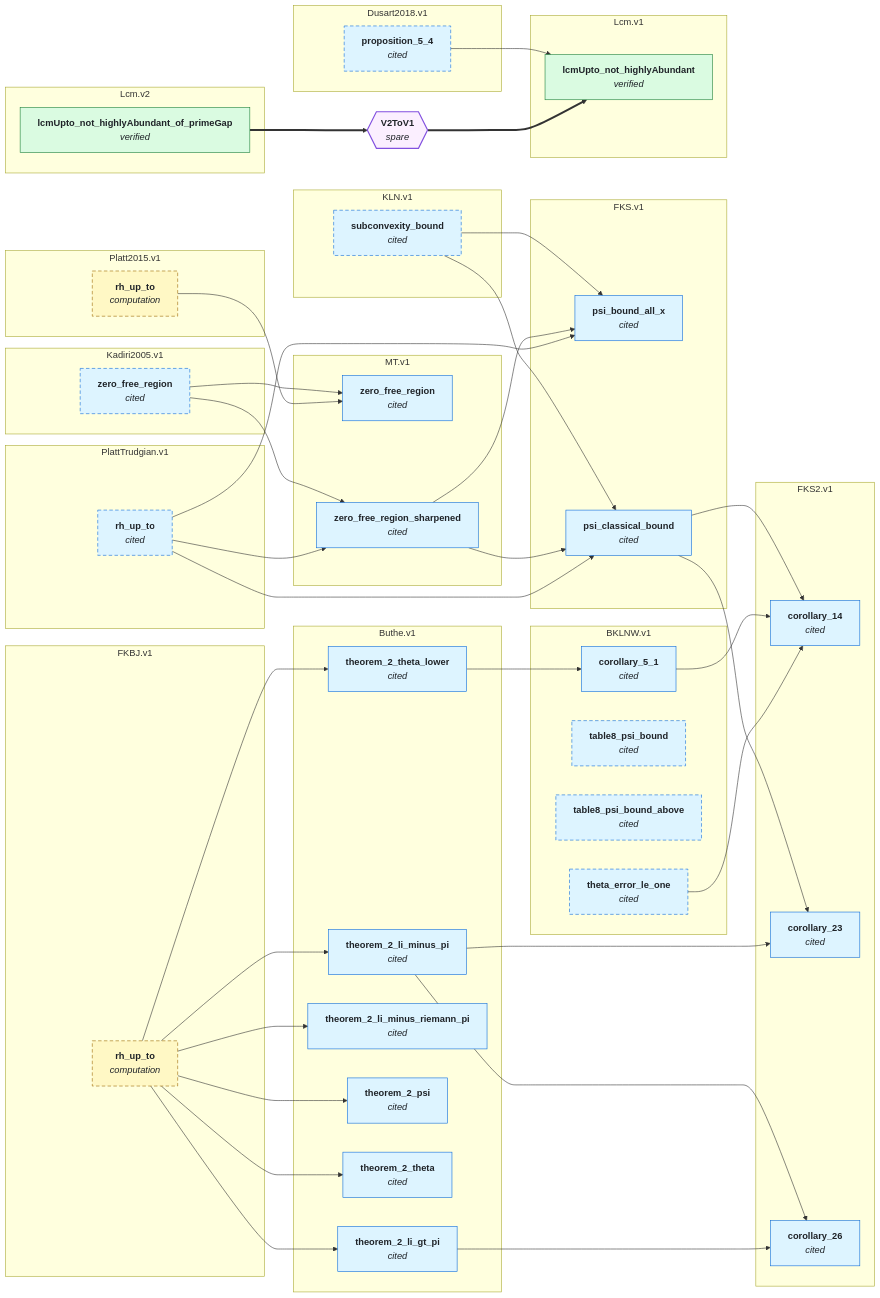
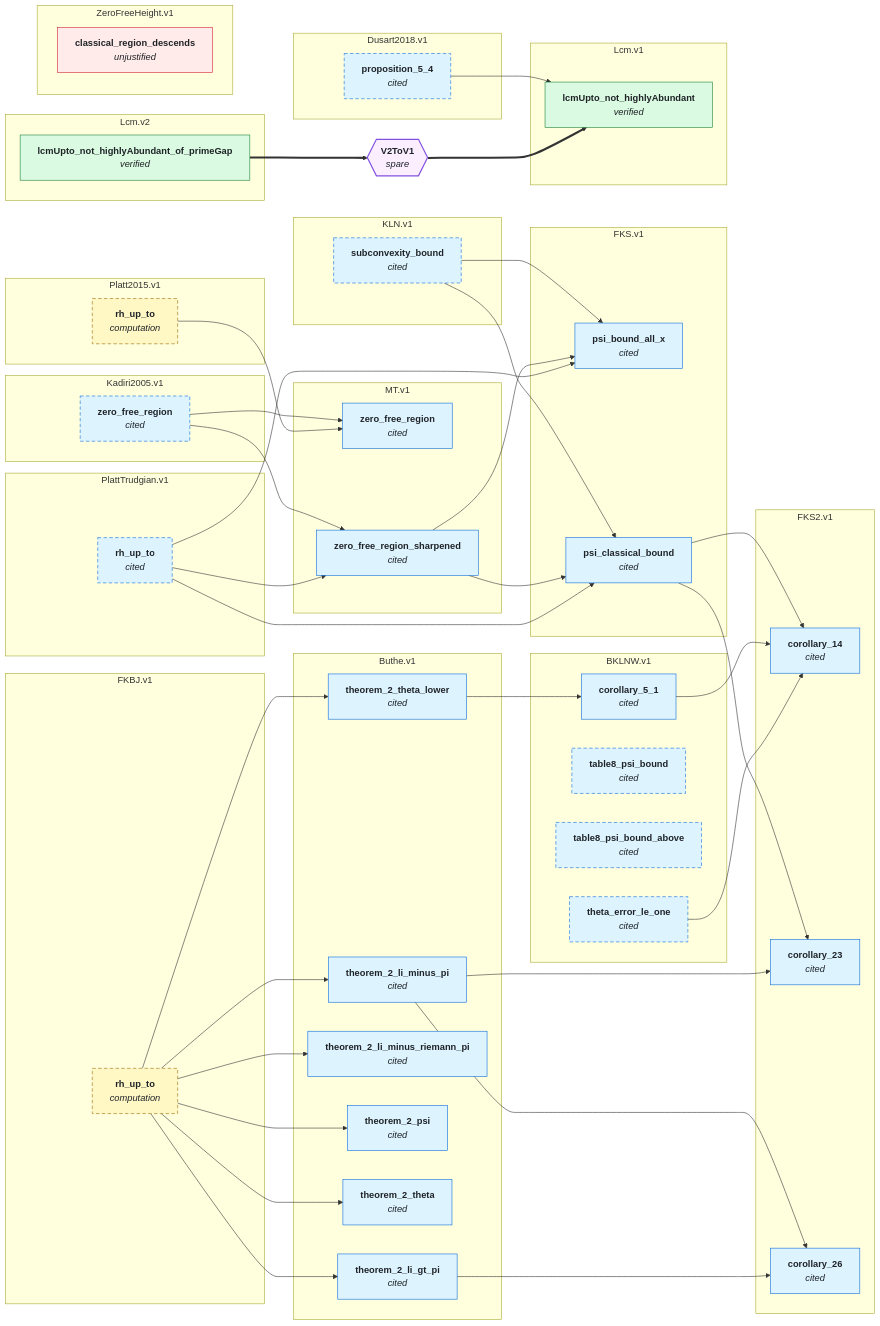
Before and after one commit to teorth/IEANTN: the second of 2 diagrams in GRAPH.md, drawn with Mermaid. The commit also changed other lines of this file and 13 other files, not shown here.

````diff
--- a/GRAPH.md
+++ b/GRAPH.md
@@ -157,6 +159,9 @@
   subgraph sgPlattTrudgian_v1["PlattTrudgian.v1"]
     PlattTrudgian_v1_rh_up_to["<b>rh_up_to</b><br/><i>cited</i>"]
   end
+  subgraph sgZeroFreeHeight_v1["ZeroFreeHeight.v1"]
+    ZeroFreeHeight_v1_classical_region_descends["<b>classical_region_descends</b><br/><i>unjustified</i>"]
+  end
   Buthe_v1_theorem_2_theta_lower --> BKLNW_v1_corollary_5_1
   FKBJ_v1_rh_up_to --> Buthe_v1_theorem_2_li_gt_pi
   FKBJ_v1_rh_up_to --> Buthe_v1_theorem_2_li_minus_pi
@@ -204,6 +209,7 @@
   class BRLcm_v1_lcmUpto_not_highlyAbundant__bridge_from_v2 bridge;
   class Lcm_v1_lcmUpto_not_highlyAbundant,Lcm_v2_lcmUpto_not_highlyAbundant_of_primeGap lean_comparator;
   class BKLNW_v1_corollary_5_1,BKLNW_v1_table8_psi_bound,BKLNW_v1_table8_psi_bound_above,BKLNW_v1_theta_error_le_one,Buthe_v1_theorem_2_li_gt_pi,Buthe_v1_theorem_2_li_minus_pi,Buthe_v1_theorem_2_li_minus_riemann_pi,Buthe_v1_theorem_2_psi,Buthe_v1_theorem_2_theta,Buthe_v1_theorem_2_theta_lower,Dusart2018_v1_proposition_5_4,FKS_v1_psi_bound_all_x,FKS_v1_psi_classical_bound,FKS2_v1_corollary_14,FKS2_v1_corollary_23,FKS2_v1_corollary_26,KLN_v1_subconvexity_bound,Kadiri2005_v1_zero_free_region,MT_v1_zero_free_region,MT_v1_zero_free_region_sharpened,PlattTrudgian_v1_rh_up_to literature;
+  class ZeroFreeHeight_v1_classical_region_descends none_yet;
   class FKBJ_v1_rh_up_to,Platt2015_v1_rh_up_to numerical;
   click BKLNW_v1_corollary_5_1 href "docs/nodes/BKLNW-v1.md#corollary_5_1" _blank
   click BKLNW_v1_table8_psi_bound href "docs/nodes/BKLNW-v1.md#table8_psi_bound" _blank
@@ -230,4 +236,5 @@
   click MT_v1_zero_free_region_sharpened href "docs/nodes/MT-v1.md#zero_free_region_sharpened" _blank
   click Platt2015_v1_rh_up_to href "docs/nodes/Platt2015-v1.md#rh_up_to" _blank
   click PlattTrudgian_v1_rh_up_to href "docs/nodes/PlattTrudgian-v1.md#rh_up_to" _blank
+  click ZeroFreeHeight_v1_classical_region_descends href "docs/nodes/ZeroFreeHeight-v1.md#classical_region_descends" _blank
 ```
````
